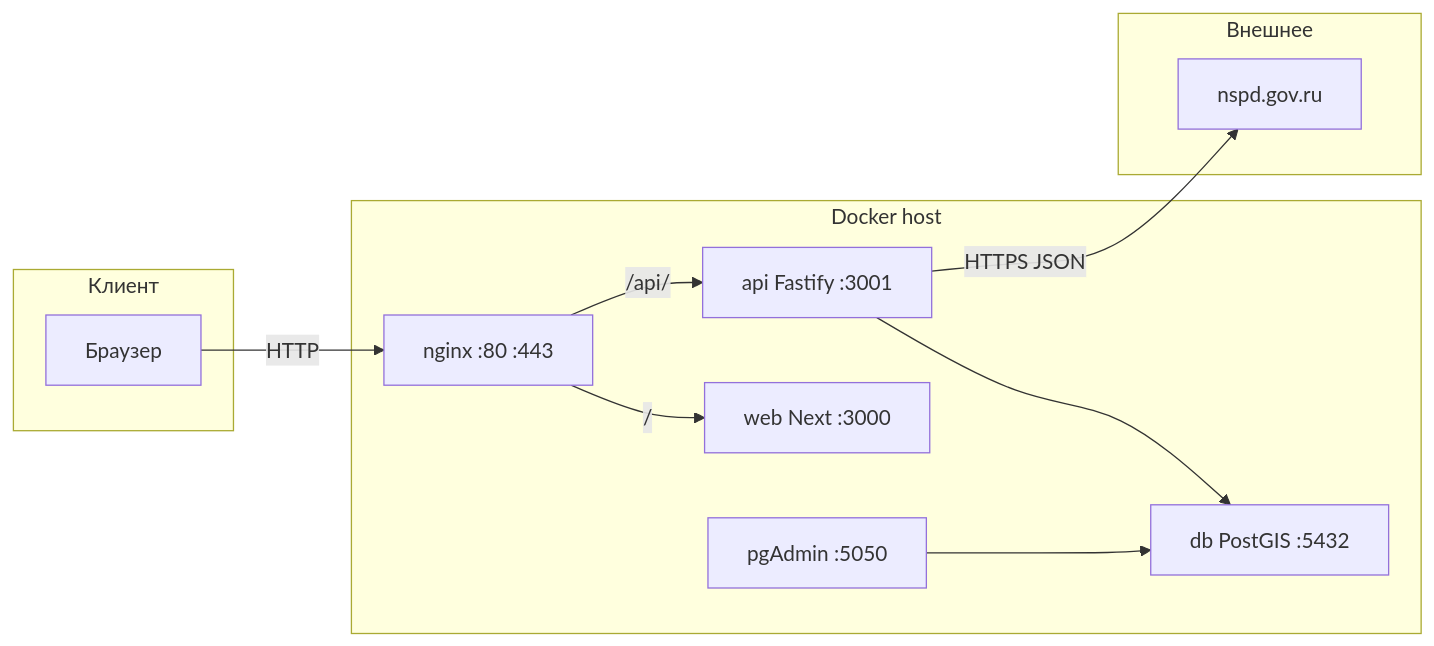
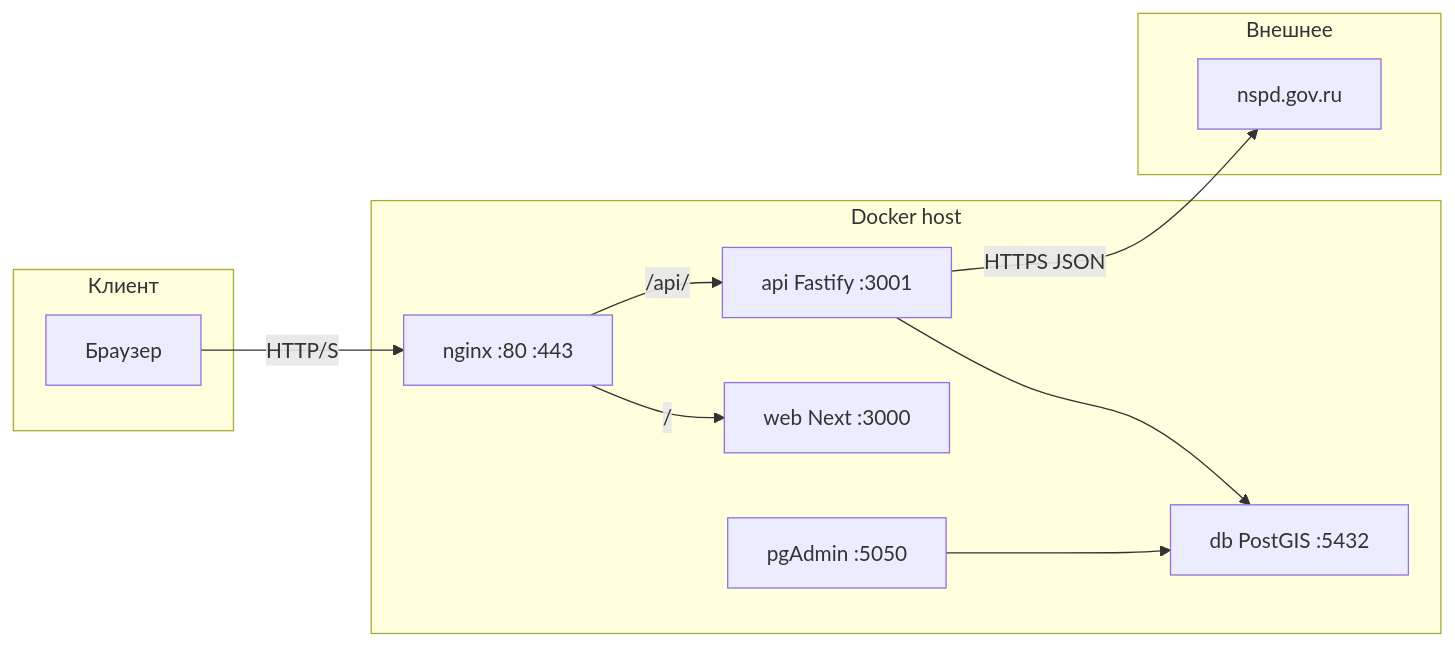
One commit to kgabba/georisk changed the diagram in README.md. Above: the diagram before and after it, drawn with Mermaid. The commit also changed other lines of this file and 1 other file, not shown here.

````diff
--- a/README.md
+++ b/README.md
@@ -56,22 +131,22 @@
 ```mermaid
 flowchart LR
   subgraph client [Клиент]
     Browser[Браузер]
   end
   subgraph host [Docker host]
     Nginx[nginx :80 :443]
     Web[web Next :3000]
     Api[api Fastify :3001]
     Db[db PostGIS :5432]
     PgAdmin[pgAdmin :5050]
   end
   subgraph ext [Внешнее]
     NSPD[nspd.gov.ru]
   end
-  Browser -->|HTTP| Nginx
+  Browser -->|HTTP/S| Nginx
   Nginx -->|"/"| Web
   Nginx -->|"/api/"| Api
   Api --> Db
   PgAdmin --> Db
   Api -->|HTTPS JSON| NSPD
 ```
````
